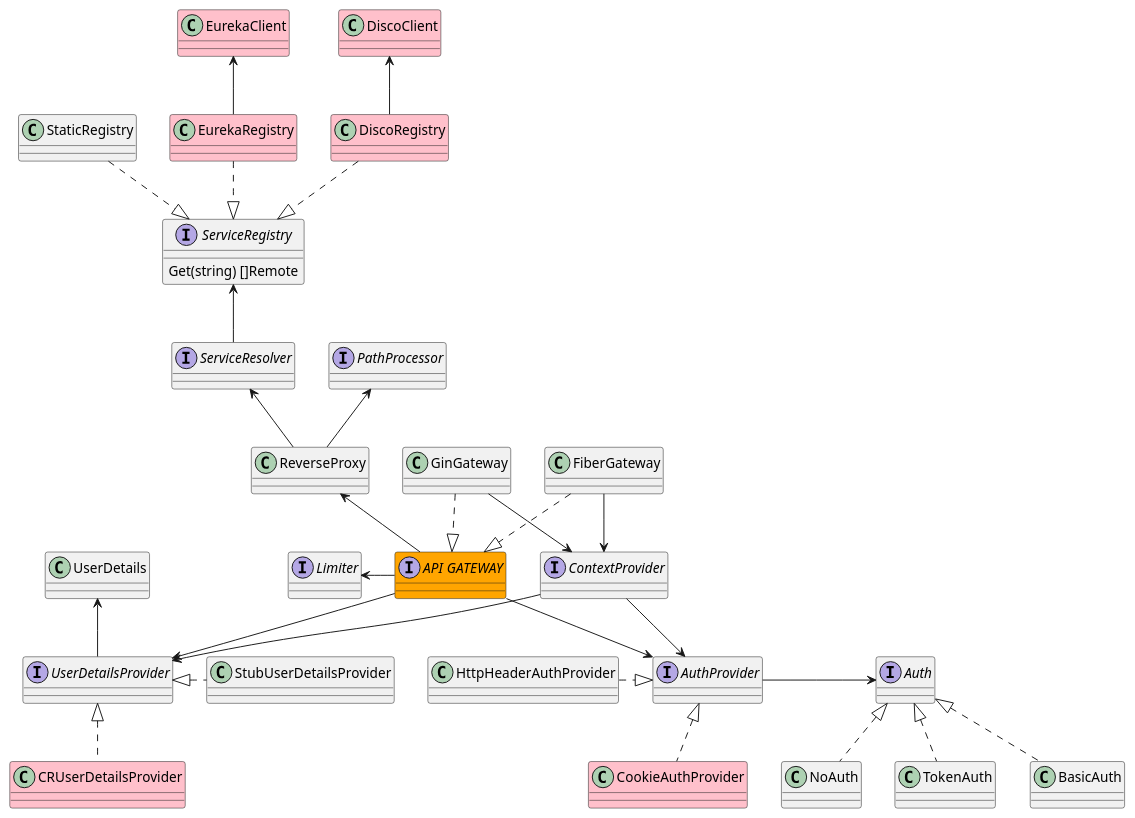
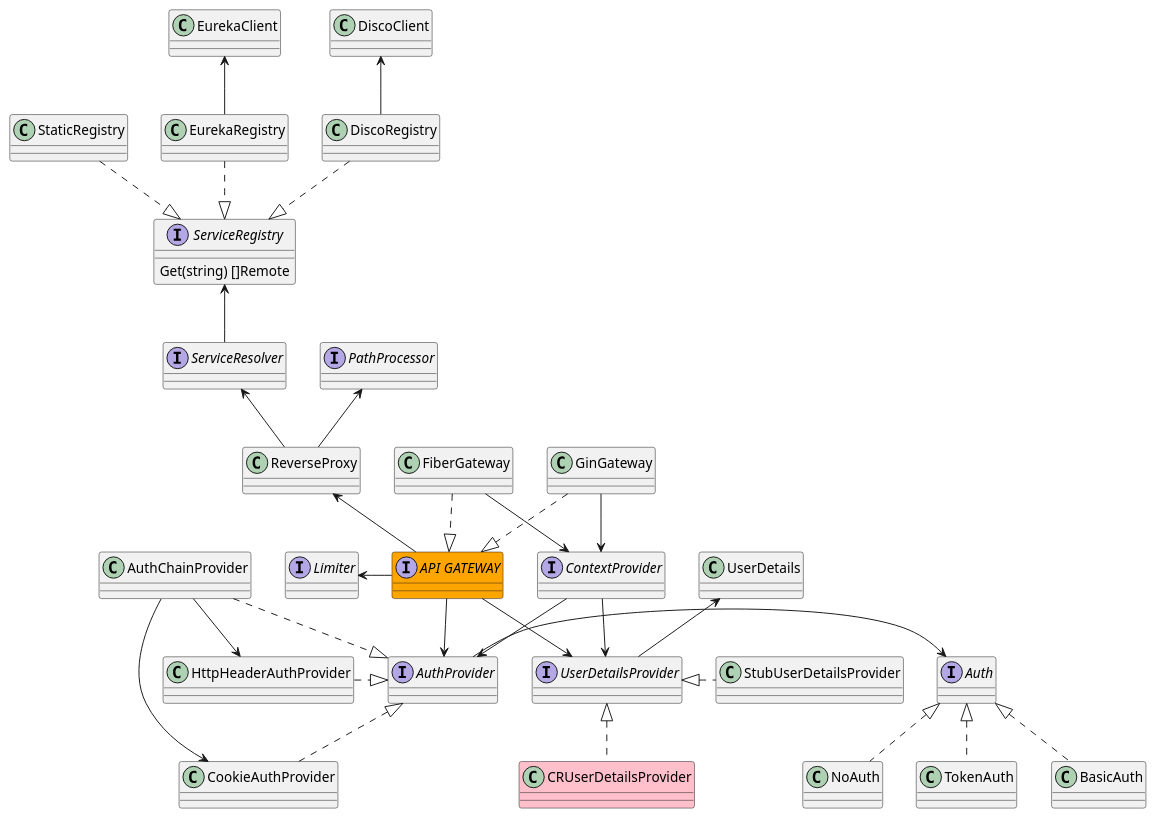
Before and after one commit to slink-go/void: the diagram in api-gateway/diagram.puml, drawn with PlantUML. The commit also changed 60 other files, not shown here.

```diff
--- a/api-gateway/diagram.puml
+++ b/api-gateway/diagram.puml
@@ -1,84 +1,89 @@
 @startuml
 
 interface "ServiceRegistry" as R {
     Get(string) []Remote
 }
 class "StaticRegistry" as SR {
 }
-class "EurekaRegistry" as ER #pink {
+class "EurekaRegistry" as ER {
 }
-class "DiscoRegistry" as DR #pink{
+class "DiscoRegistry" as DR {
 }
-class "EurekaClient" as EC #pink{
+class "EurekaClient" as EC {
 }
-class "DiscoClient" as DC #pink{
+class "DiscoClient" as DC {
 }
 interface "ServiceResolver" as RS {
 }
 interface "PathProcessor" as PP {
 }
 class "ReverseProxy" as RP {
 }
 interface "Auth" as A {
 }
 class "NoAuth" as NA {
 }
 class "TokenAuth" as TA {
 }
 class "BasicAuth" as BA {
 }
 interface "AuthProvider" as AP {
 }
 class "HttpHeaderAuthProvider" as HAP {
 }
-class "CookieAuthProvider" as CAP #pink {
+class "CookieAuthProvider" as CAP {
+}
+class "AuthChainProvider" as ACP {
 }
 class "UserDetails" as UD {
 }
 interface "UserDetailsProvider" as UDP {
 }
 class "StubUserDetailsProvider" as SUDP {
 }
 class "CRUserDetailsProvider" as CRUDP #pink {
 }
 interface "Limiter" as RL {
 }
 interface "API GATEWAY" as GW #orange  {
 }
 class "FiberGateway" as FGW {
 }
 class "GinGateway" as GGW {
 }
 interface "ContextProvider" as CTX {
 }
 
 SR ..|>R
 ER ..|>R
 DR ..|>R
 EC <-- ER
 DC <-- DR
 R <-- RS
 PP <-- RP
 RS <-- RP
 RP <-- GW
 GW --> AP
 GW -> UDP
 RL <- GW
 AP -> A
 UD <-- UDP
 A <|.. NA
 A <|.. TA
 A <|.. BA
 HAP .|> AP
 AP <|.. CAP
 UDP <|. SUDP
 UDP <|.. CRUDP
 GGW ..|> GW
 FGW ..|> GW
 
 CTX --> AP
 CTX --> UDP
 GGW --> CTX
 FGW --> CTX
 
+ACP ..|> AP
+ACP --> CAP
+ACP --> HAP
 @enduml
```
